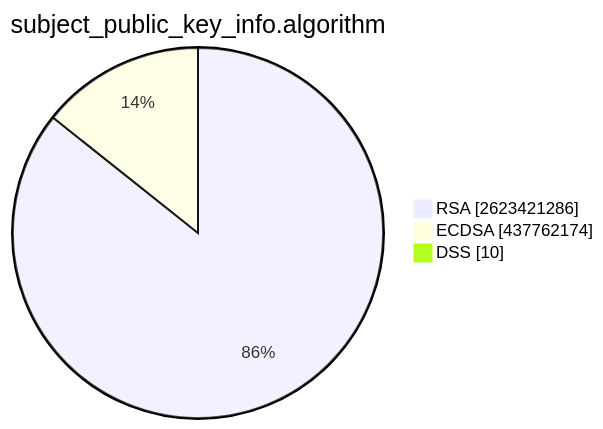
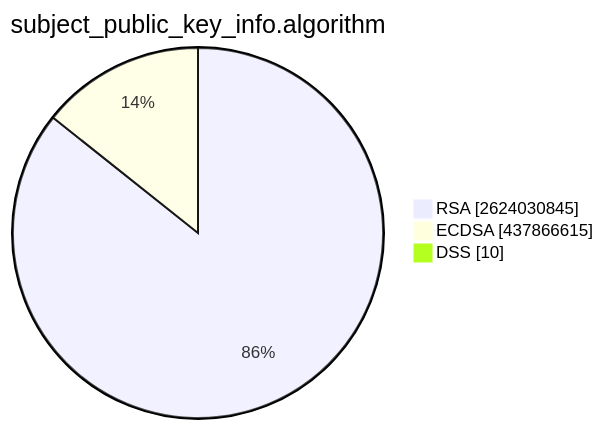
One commit to christiankrug/ctmonitor_visualization changed the second of 15 diagrams in TOTAL/README.md. Above: the diagram before and after it, drawn with Mermaid. The commit also changed other lines of this file, not shown here.

````diff
--- a/TOTAL/README.md
+++ b/TOTAL/README.md
@@ -6,7 +6,7 @@
 ```mermaid
 pie showData
 title subject_public_key_info.algorithm
-"RSA" :2623421286
-"ECDSA" :437762174
+"RSA" :2624030845
+"ECDSA" :437866615
 "DSS" :10
 ```
````
